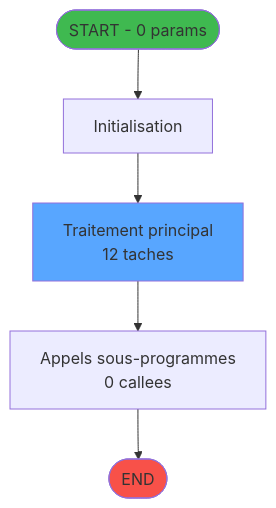
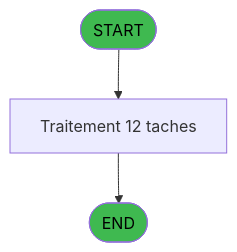
Before and after one commit to thonyAGP/lecteur-magic: the second of 4 diagrams in .openspec/specs/ADH-IDE-69.md, drawn with Mermaid. The commit also changed other lines of this file and 96 other files, not shown here.

````diff
--- a/.openspec/specs/ADH-IDE-69.md
+++ b/.openspec/specs/ADH-IDE-69.md
@@ -96,14 +1209,9 @@
 ```mermaid
 flowchart TD
-    START([START - 0 params])
-    INIT["Initialisation"]
-    PROCESS["Traitement principal<br/>12 taches"]
-    CALLS["Appels sous-programmes<br/>0 callees"]
+    START([START])
+    PROCESS[Traitement 12 taches]
     ENDOK([END])
-
-    START --> INIT --> PROCESS --> CALLS --> ENDOK
-
-    style START fill:#3fb950
-    style ENDOK fill:#f85149
-    style PROCESS fill:#58a6ff
+    START --> PROCESS --> ENDOK
+    style START fill:#3fb950,color:#000
+    style ENDOK fill:#3fb950,color:#000
 ```
````
